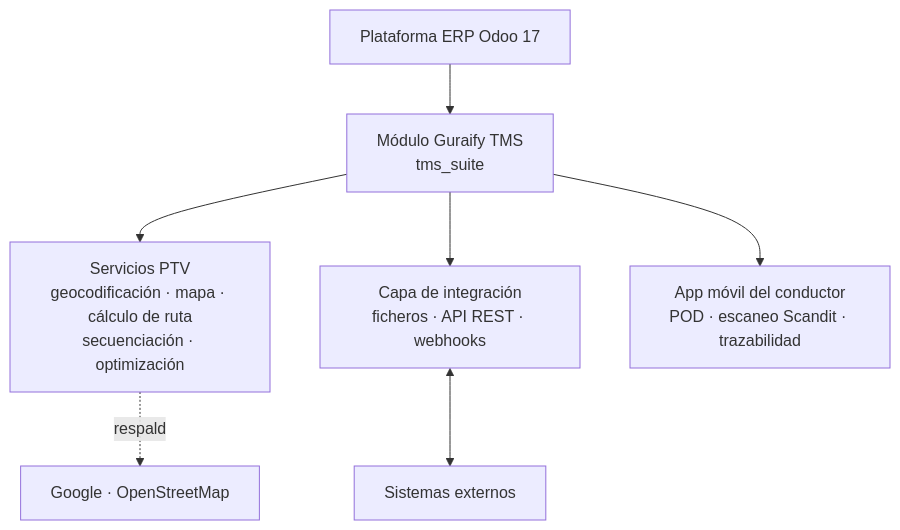
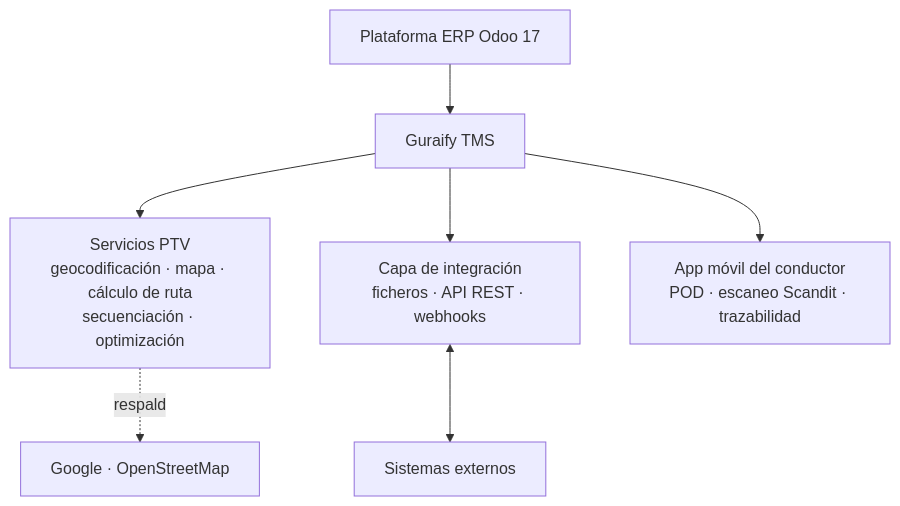
One commit to pacoborrego/guraify-tms-docs changed the diagram in source/17.0/1_introduction/1_4_technological-architecture.rst. Above: the diagram before and after it, drawn with Mermaid. The commit also changed other lines of this file and 120 other files, not shown here.

```diff
--- a/source/17.0/1_introduction/1_4_technological-architecture.rst
+++ b/source/17.0/1_introduction/1_4_technological-architecture.rst
@@ -14,9 +15,9 @@
 .. mermaid::
 
    flowchart TB
-       ODOO[Plataforma ERP Odoo 17] --> TMS[Módulo Guraify TMS<br/>tms_suite]
+       ODOO[Plataforma ERP Odoo 17] --> TMS[Guraify TMS]
        TMS --> PTV[Servicios PTV<br/>geocodificación · mapa · cálculo de ruta<br/>secuenciación · optimización]
        PTV -.respaldo.-> OSM[Google · OpenStreetMap]
        TMS --> INT[Capa de integración<br/>ficheros · API REST · webhooks]
        TMS --> APP[App móvil del conductor<br/>POD · escaneo Scandit · trazabilidad]
        INT <--> EXT[Sistemas externos]
```
